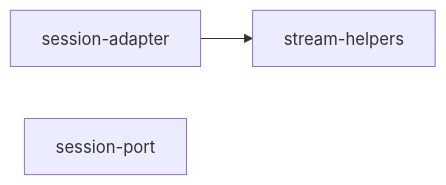
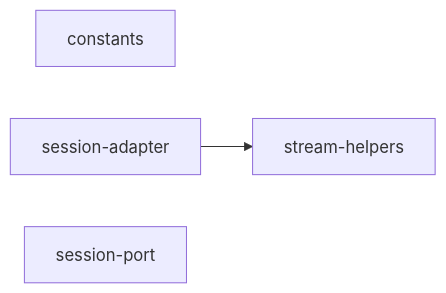
The diagram in packages/opencode/DEPS.md (OJII3/vicissitude), drawn with Mermaid before and after one commit. The commit also changed other lines of this file and 11 other files, not shown here.

````diff
--- a/packages/opencode/DEPS.md
+++ b/packages/opencode/DEPS.md
@@ -7,6 +7,7 @@
 ```mermaid
 graph LR
+  constants
   session_adapter["session-adapter"] --> stream_helpers["stream-helpers"]
   session_port["session-port"]
   stream_helpers["stream-helpers"]
 ```
````
